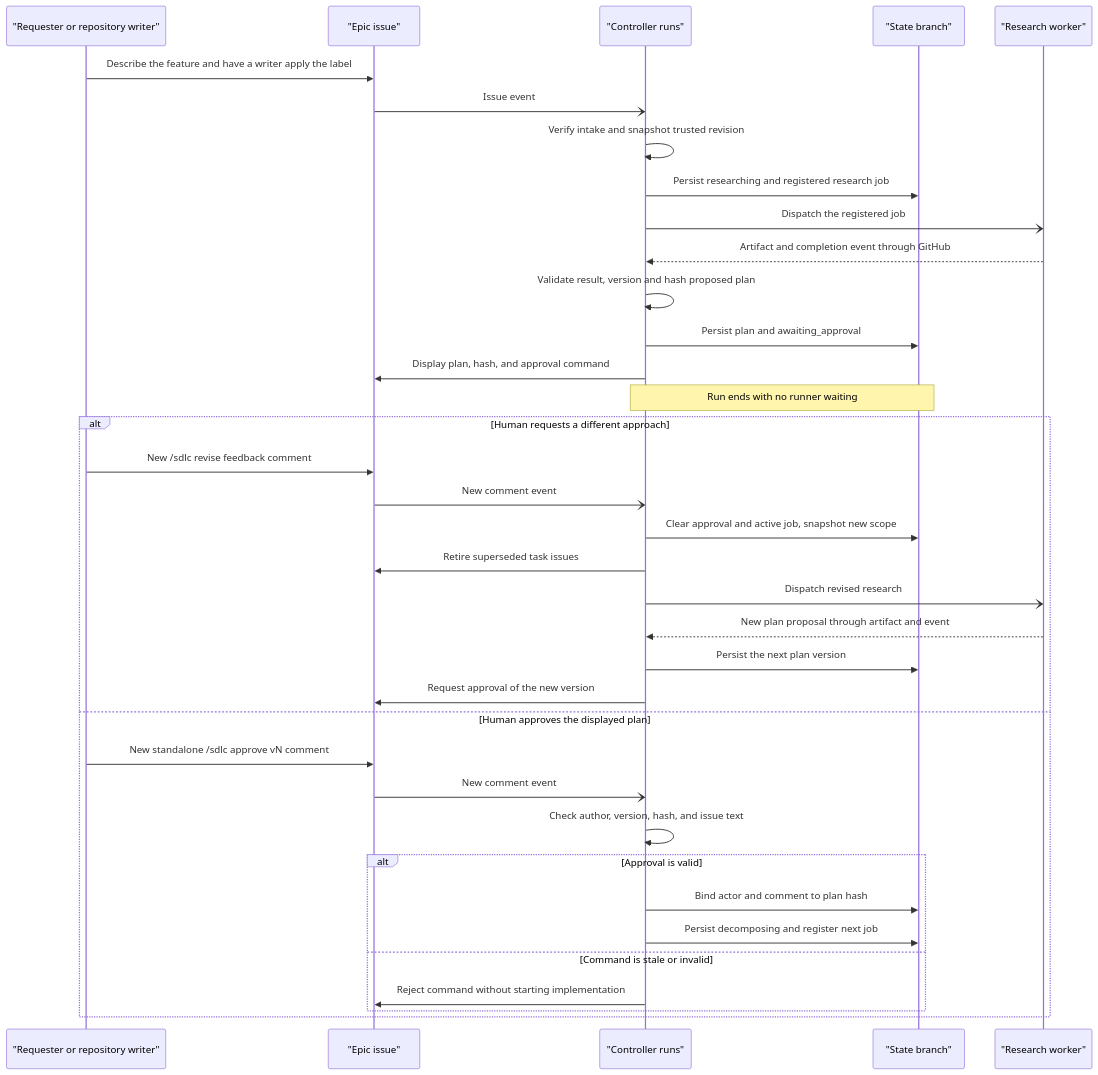
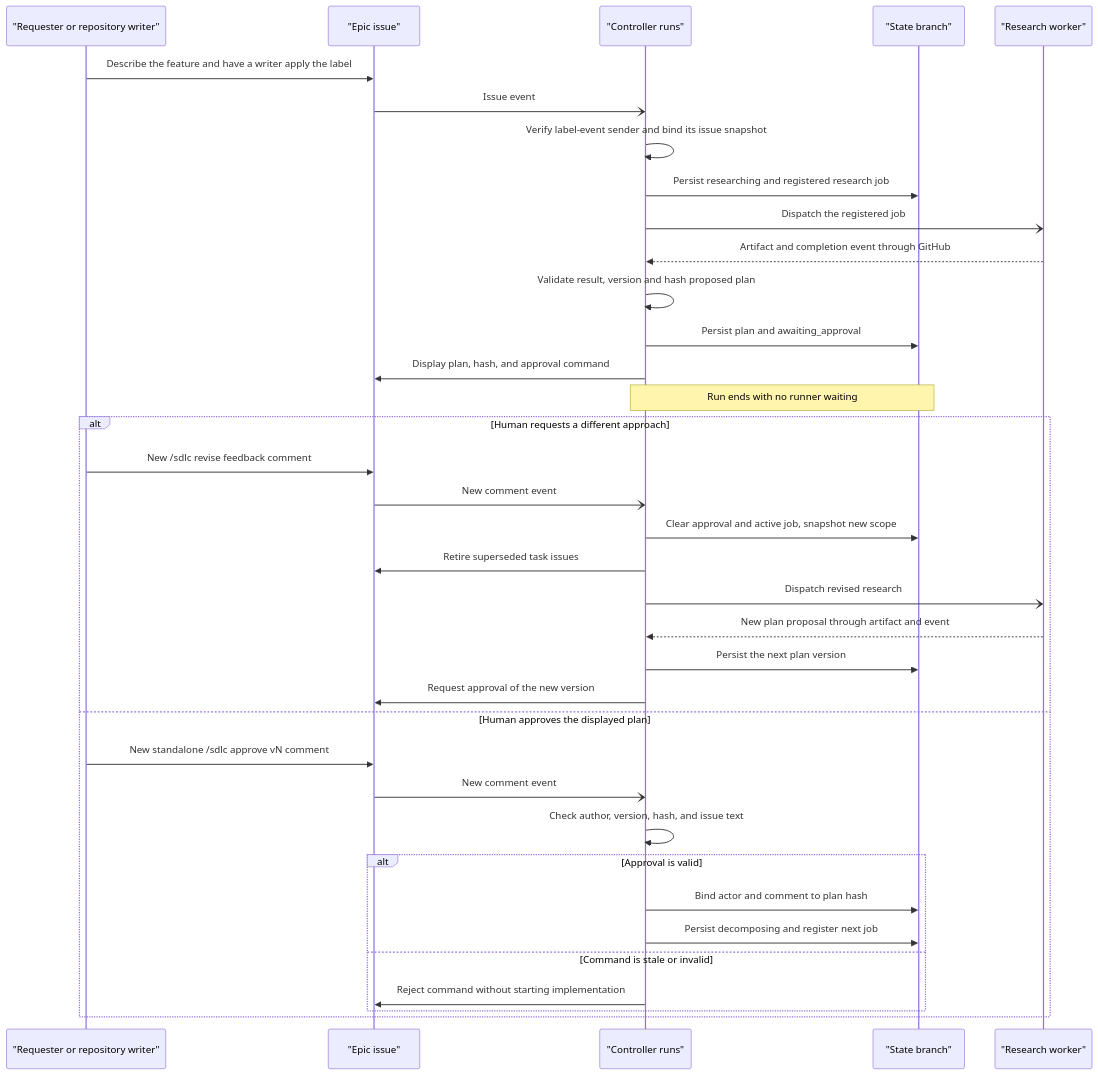
One commit to dav1dc-cs-test-org/agentic-sdlc-prototype changed the third of 7 diagrams in docs/architecture.md. Above: the diagram before and after it, drawn with Mermaid. The commit also changed other lines of this file and 15 other files, not shown here.

````diff
--- a/docs/architecture.md
+++ b/docs/architecture.md
@@ -209,40 +209,40 @@
 ```mermaid
 sequenceDiagram
   participant ApHuman as "Requester or repository writer"
   participant ApIssue as "Epic issue"
   participant ApControl as "Controller runs"
   participant ApState as "State branch"
   participant ApWorker as "Research worker"
 
   ApHuman->>ApIssue: Describe the feature and have a writer apply the label
   ApIssue-)ApControl: Issue event
-  ApControl->>ApControl: Verify intake and snapshot trusted revision
+  ApControl->>ApControl: Verify label-event sender and bind its issue snapshot
   ApControl->>ApState: Persist researching and registered research job
   ApControl-)ApWorker: Dispatch the registered job
   ApWorker-->>ApControl: Artifact and completion event through GitHub
   ApControl->>ApControl: Validate result, version and hash proposed plan
   ApControl->>ApState: Persist plan and awaiting_approval
   ApControl->>ApIssue: Display plan, hash, and approval command
   Note over ApControl,ApState: Run ends with no runner waiting
 
     alt Human requests a different approach
     ApHuman->>ApIssue: New /sdlc revise feedback comment
     ApIssue-)ApControl: New comment event
     ApControl->>ApState: Clear approval and active job, snapshot new scope
     ApControl->>ApIssue: Retire superseded task issues
     ApControl-)ApWorker: Dispatch revised research
     ApWorker-->>ApControl: New plan proposal through artifact and event
     ApControl->>ApState: Persist the next plan version
     ApControl->>ApIssue: Request approval of the new version
     else Human approves the displayed plan
     ApHuman->>ApIssue: New standalone /sdlc approve vN comment
     ApIssue-)ApControl: New comment event
     ApControl->>ApControl: Check author, version, hash, and issue text
         alt Approval is valid
       ApControl->>ApState: Bind actor and comment to plan hash
       ApControl->>ApState: Persist decomposing and register next job
         else Command is stale or invalid
       ApControl->>ApIssue: Reject command without starting implementation
         end
     end
 ```
````
